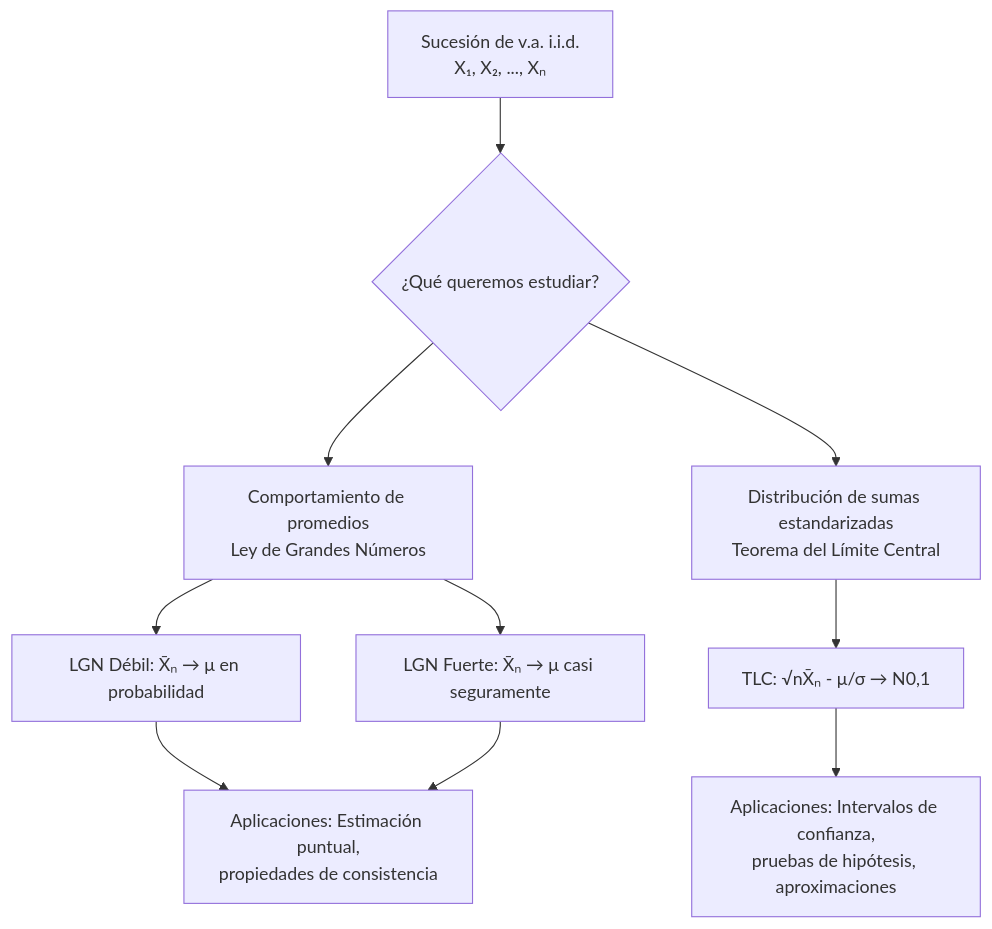
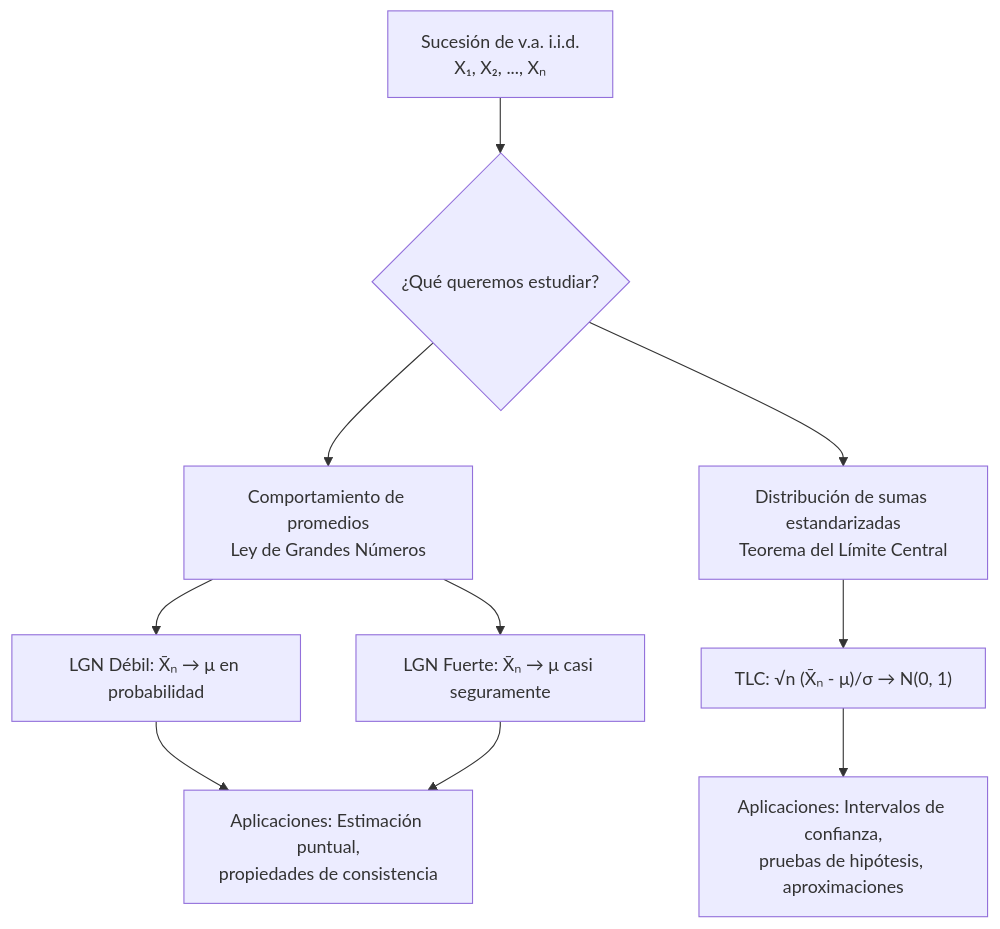
One commit to djaimej/computer-science-template changed the diagram in public/documents/semester-3/4/3444.md. Above: the diagram before and after it, drawn with Mermaid. The commit also changed other lines of this file and 6 other files, not shown here.

````diff
--- a/public/documents/semester-3/4/3444.md
+++ b/public/documents/semester-3/4/3444.md
@@ -70,16 +97,16 @@
 ```mermaid
 flowchart TD
     A[Sucesión de v.a. i.i.d.<br>X₁, X₂, ..., Xₙ] --> B{¿Qué queremos estudiar?}
 
     B --> C[Comportamiento de promedios<br>Ley de Grandes Números]
     B --> D[Distribución de sumas estandarizadas<br>Teorema del Límite Central]
 
     C --> E[LGN Débil: X̄ₙ → μ en probabilidad]
     C --> F[LGN Fuerte: X̄ₙ → μ casi seguramente]
 
-    D --> G[TLC: √nX̄ₙ - μ/σ → N0,1]
+    D --> G["TLC: √n (X̄ₙ - μ)/σ → N(0, 1)"]
 
     E --> H[Aplicaciones: Estimación puntual,<br>propiedades de consistencia]
     F --> H
     G --> I[Aplicaciones: Intervalos de confianza,<br>pruebas de hipótesis, aproximaciones]
 ```
````
